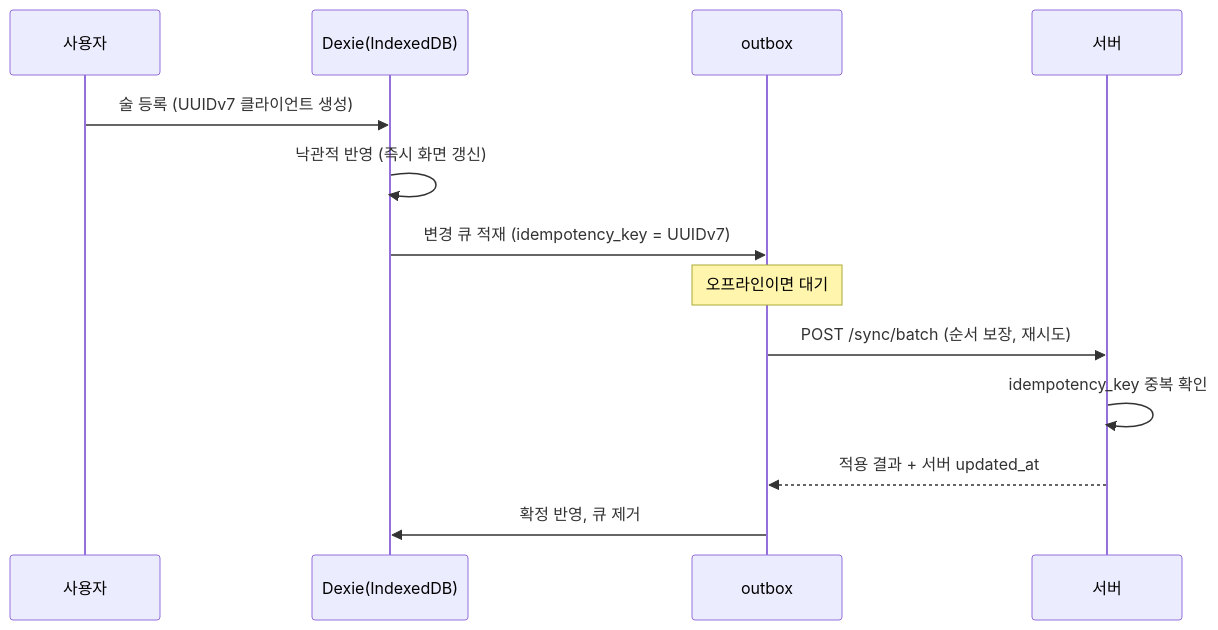
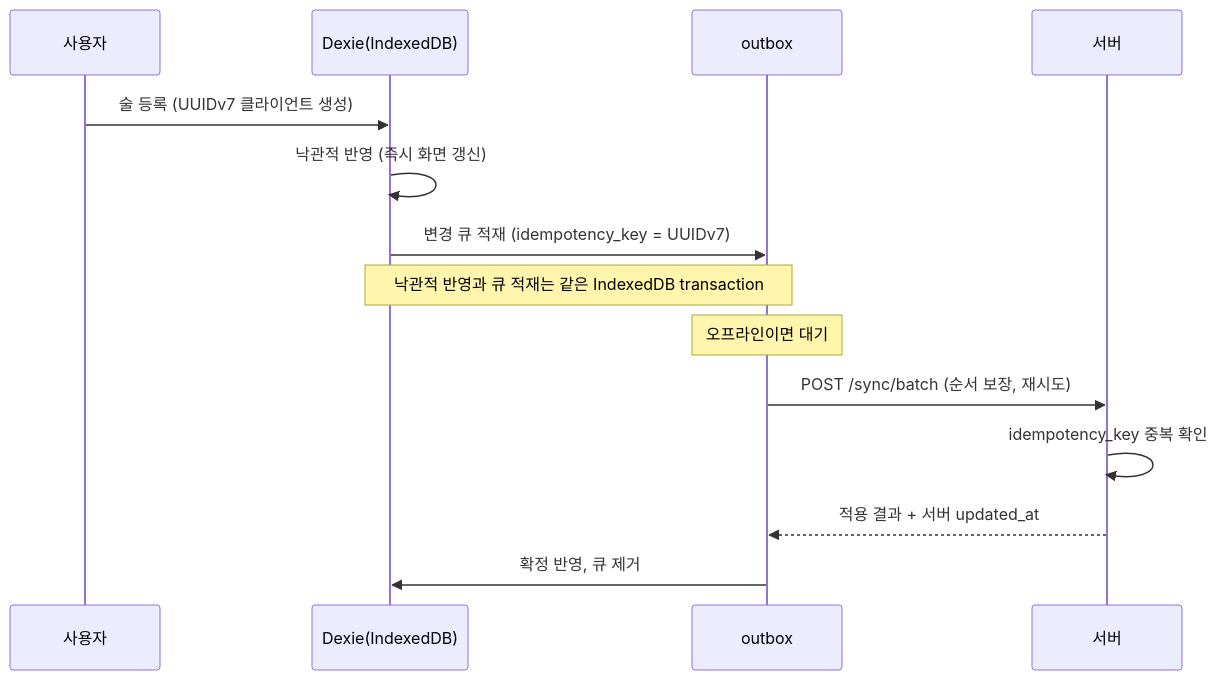
The fourth of 5 diagrams in docs/architecture.md (jihoon22-lee/SoolJang), drawn with Mermaid before and after one commit. The commit also changed other lines of this file and 9 other files, not shown here.

````diff
--- a/docs/architecture.md
+++ b/docs/architecture.md
@@ -638,15 +661,16 @@
 ```mermaid
 sequenceDiagram
     participant U as 사용자
     participant D as Dexie(IndexedDB)
     participant O as outbox
     participant S as 서버
     U->>D: 술 등록 (UUIDv7 클라이언트 생성)
     D->>D: 낙관적 반영 (즉시 화면 갱신)
     D->>O: 변경 큐 적재 (idempotency_key = UUIDv7)
+    Note over D,O: 낙관적 반영과 큐 적재는 같은 IndexedDB transaction
     Note over O: 오프라인이면 대기
     O->>S: POST /sync/batch (순서 보장, 재시도)
     S->>S: idempotency_key 중복 확인
     S-->>O: 적용 결과 + 서버 updated_at
     O->>D: 확정 반영, 큐 제거
 ```
````
